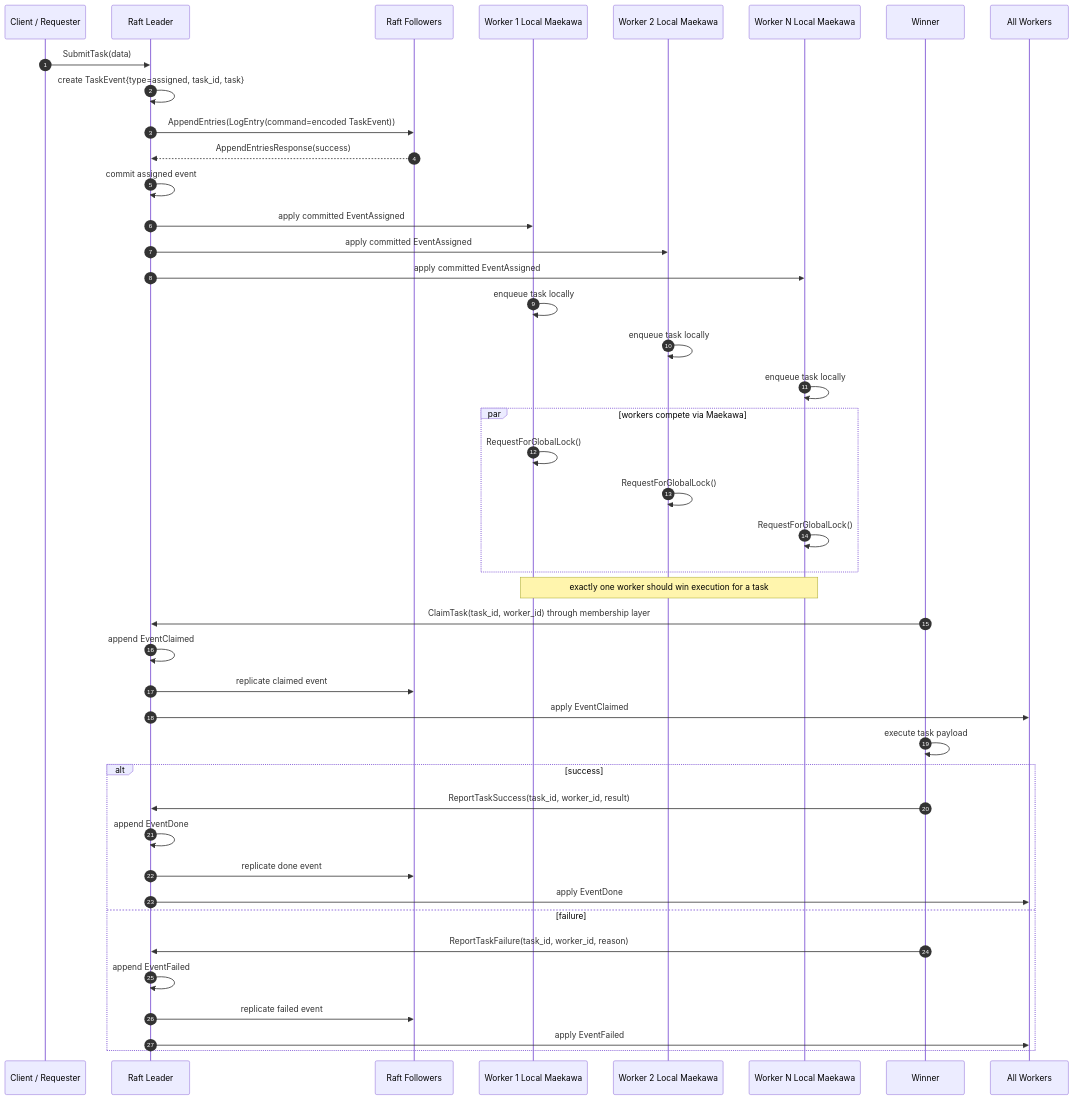
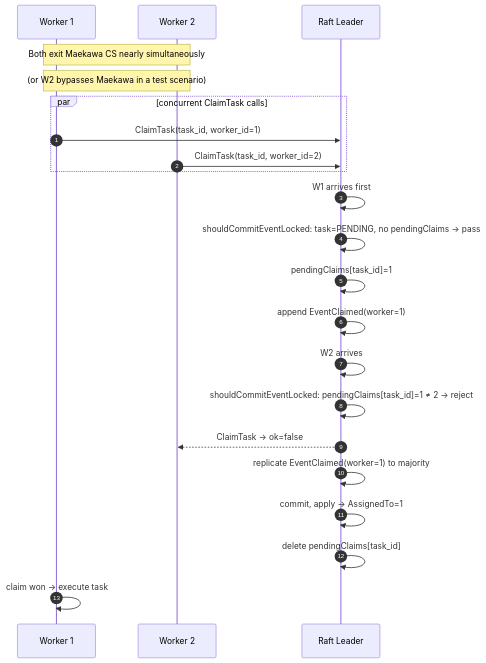
Before and after one commit to ElliotMonde/Raft-Maekawa-Sync: the seventh of 7 diagrams in docs/maekawa-raft-sequence.md, drawn with Mermaid. The commit also changed other lines of this file and 21 other files, not shown here.

````diff
--- a/docs/maekawa-raft-sequence.md
+++ b/docs/maekawa-raft-sequence.md
@@ -199,51 +456,30 @@
 ```mermaid
 sequenceDiagram
     autonumber
-    participant C as Client / Requester
+    participant W1 as Worker 1
+    participant W2 as Worker 2
     participant RL as Raft Leader
-    participant RF as Raft Followers
-    participant W1 as Worker 1 Local Maekawa
-    participant W2 as Worker 2 Local Maekawa
-    participant Wn as Worker N Local Maekawa
 
-    C->>RL: SubmitTask(data)
-    RL->>RL: create TaskEvent{type=assigned, task_id, task}
-    RL->>RF: AppendEntries(LogEntry(command=encoded TaskEvent))
-    RF-->>RL: AppendEntriesResponse(success)
-    RL->>RL: commit assigned event
+    Note over W1,W2: Both exit Maekawa CS nearly simultaneously
+    Note over W1,W2: (or W2 bypasses Maekawa in a test scenario)
 
-    RL->>W1: apply committed EventAssigned
-    RL->>W2: apply committed EventAssigned
-    RL->>Wn: apply committed EventAssigned
-
-    W1->>W1: enqueue task locally
-    W2->>W2: enqueue task locally
-    Wn->>Wn: enqueue task locally
-
-    par workers compete via Maekawa
-        W1->>W1: RequestForGlobalLock()
-        W2->>W2: RequestForGlobalLock()
-        Wn->>Wn: RequestForGlobalLock()
+    par concurrent ClaimTask calls
+        W1->>RL: ClaimTask(task_id, worker_id=1)
+        W2->>RL: ClaimTask(task_id, worker_id=2)
     end
 
-    Note over W1,Wn: exactly one worker should win execution for a task
+    RL->>RL: W1 arrives first
+    RL->>RL: shouldCommitEventLocked: task=PENDING, no pendingClaims → pass
+    RL->>RL: pendingClaims[task_id]=1
+    RL->>RL: append EventClaimed(worker=1)
 
-    Winner->>RL: ClaimTask(task_id, worker_id) through membership layer
-    RL->>RL: append EventClaimed
-    RL->>RF: replicate claimed event
-    RL->>All Workers: apply EventClaimed
+    RL->>RL: W2 arrives
+    RL->>RL: shouldCommitEventLocked: pendingClaims[task_id]=1 ≠ 2 → reject
+    RL-->>W2: ClaimTask → ok=false
 
-    Winner->>Winner: execute task payload
+    RL->>RL: replicate EventClaimed(worker=1) to majority
+    RL->>RL: commit, apply → AssignedTo=1
+    RL->>RL: delete pendingClaims[task_id]
 
-    alt success
-        Winner->>RL: ReportTaskSuccess(task_id, worker_id, result)
-        RL->>RL: append EventDone
-        RL->>RF: replicate done event
-        RL->>All Workers: apply EventDone
-    else failure
-        Winner->>RL: ReportTaskFailure(task_id, worker_id, reason)
-        RL->>RL: append EventFailed
-        RL->>RF: replicate failed event
-        RL->>All Workers: apply EventFailed
-    end
+    W1->>W1: claim won → execute task
 ```
````
